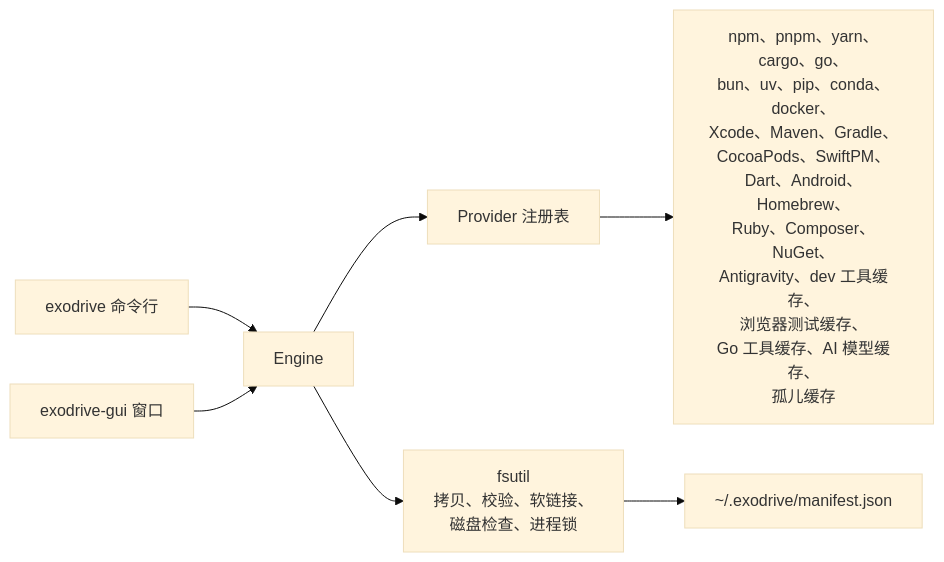
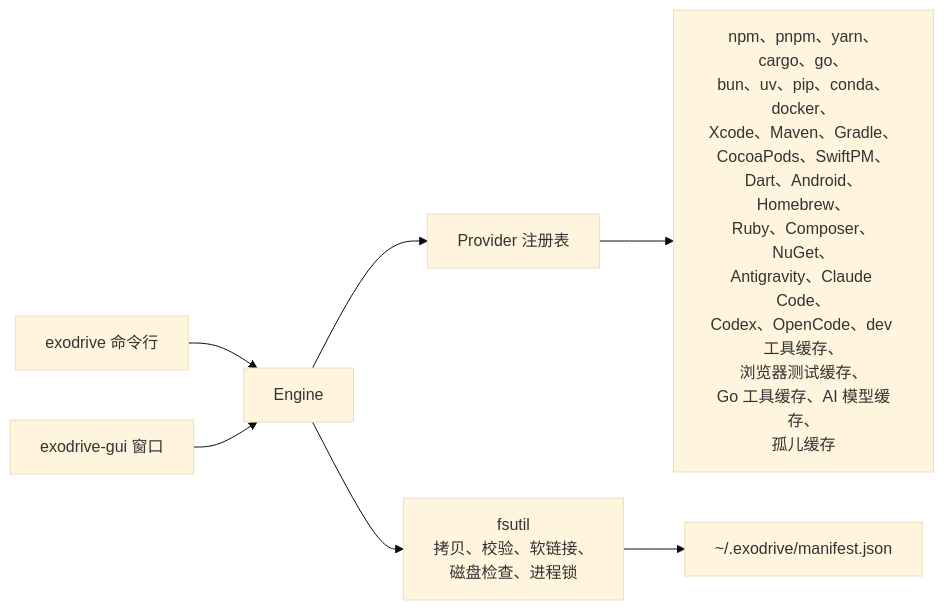
The diagram in README.zh.md (Jungley8/exodrive), drawn with Mermaid (base theme) before and after one commit. The commit also changed other lines of this file and 9 other files, not shown here.

First line of the commit message:
feat(agents): move the Claude Code, Codex, and OpenCode history (#2)

````diff
--- a/README.zh.md
+++ b/README.zh.md
@@ -34,9 +34,9 @@
 ```mermaid
 flowchart LR
     CLI["exodrive 命令行"] --> Engine
     GUI["exodrive-gui 窗口"] --> Engine
     Engine --> Registry["Provider 注册表"]
-    Registry --> P["npm、pnpm、yarn、cargo、go、<br/>bun、uv、pip、conda、docker、<br/>Xcode、Maven、Gradle、<br/>CocoaPods、SwiftPM、<br/>Dart、Android、Homebrew、<br/>Ruby、Composer、NuGet、<br/>Antigravity、dev 工具缓存、<br/>浏览器测试缓存、<br/>Go 工具缓存、AI 模型缓存、<br/>孤儿缓存"]
+    Registry --> P["npm、pnpm、yarn、cargo、go、<br/>bun、uv、pip、conda、docker、<br/>Xcode、Maven、Gradle、<br/>CocoaPods、SwiftPM、<br/>Dart、Android、Homebrew、<br/>Ruby、Composer、NuGet、<br/>Antigravity、Claude Code、<br/>Codex、OpenCode、dev 工具缓存、<br/>浏览器测试缓存、<br/>Go 工具缓存、AI 模型缓存、<br/>孤儿缓存"]
     Engine --> FS["fsutil<br/>拷贝、校验、软链接、<br/>磁盘检查、进程锁"]
     FS --> Ledger["~/.exodrive/manifest.json"]
 ```
````
